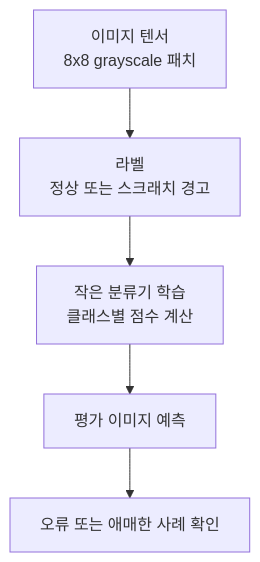
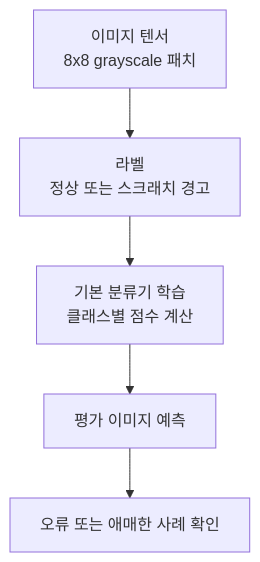
The first of 2 diagrams in docs/parts/part-07/chapter-03/section-01.md (devchan64/AiBook), drawn with Mermaid before and after one commit. The commit also changed other lines of this file and 23 other files, not shown here.

````diff
--- a/docs/parts/part-07/chapter-03/section-01.md
+++ b/docs/parts/part-07/chapter-03/section-01.md
@@ -64,10 +64,10 @@
 ```mermaid
 flowchart TD
   A["이미지 텐서<br/>8x8 grayscale 패치"]
   B["라벨<br/>정상 또는 스크래치 경고"]
-  C["작은 분류기 학습<br/>클래스별 점수 계산"]
+  C["기본 분류기 학습<br/>클래스별 점수 계산"]
   D["평가 이미지 예측"]
   E["오류 또는 애매한 사례 확인"]
 
   A --> B --> C --> D --> E
 ```
````
